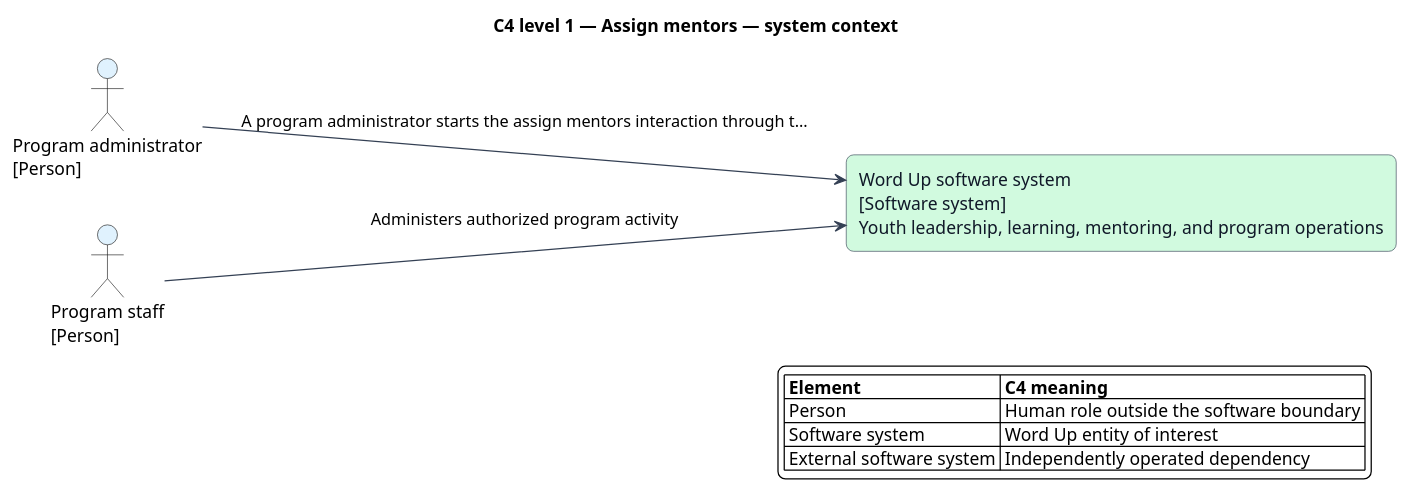
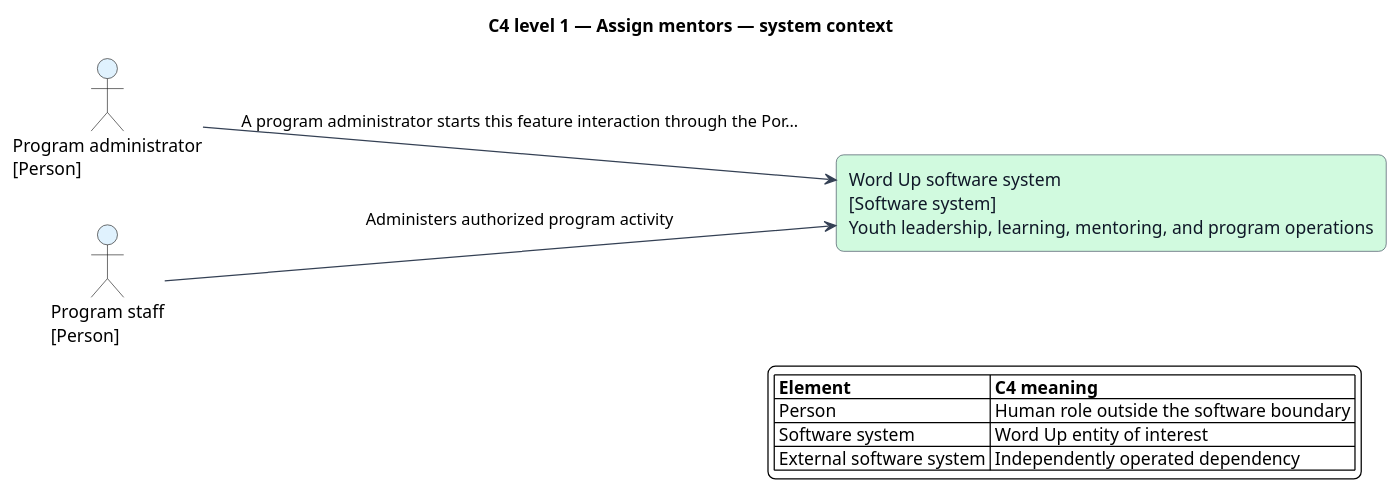
Before and after one commit to QuinntyneBrown/waypoint: the diagram in docs/detailed-designs/program-administration/assign-mentors/diagrams/c4-system-context.puml, drawn with PlantUML. The commit also changed 1112 other files, not shown here.

```diff
--- a/docs/detailed-designs/program-administration/assign-mentors/diagrams/c4-system-context.puml
+++ b/docs/detailed-designs/program-administration/assign-mentors/diagrams/c4-system-context.puml
@@ -1,31 +1,31 @@
 @startuml
 left to right direction
 title C4 level 1 — Assign mentors — system context
 skinparam backgroundColor #FFFFFF
 skinparam shadowing false
 skinparam roundcorner 12
 skinparam defaultFontName Arial
 skinparam ArrowColor #344054
 skinparam rectangle {
   BorderColor #344054
   FontColor #101828
 }
 skinparam package {
   BorderColor #667085
   FontColor #101828
   BackgroundColor #F9FAFB
 }
 actor "Program administrator\n[Person]" as primary #E0F2FE
 actor "Program staff\n[Person]" as staff #E0F2FE
 rectangle "Word Up software system\n[Software system]\nYouth leadership, learning, mentoring, and program operations" as wordup #D1FADF
 
-primary --> wordup : A program administrator starts the assign mentors interaction through t…
+primary --> wordup : A program administrator starts this feature interaction through the Por…
 staff --> wordup : Administers authorized program activity
 
 legend right
   |= Element |= C4 meaning |
   | Person | Human role outside the software boundary |
   | Software system | Word Up entity of interest |
   | External software system | Independently operated dependency |
 endlegend
 @enduml
```
